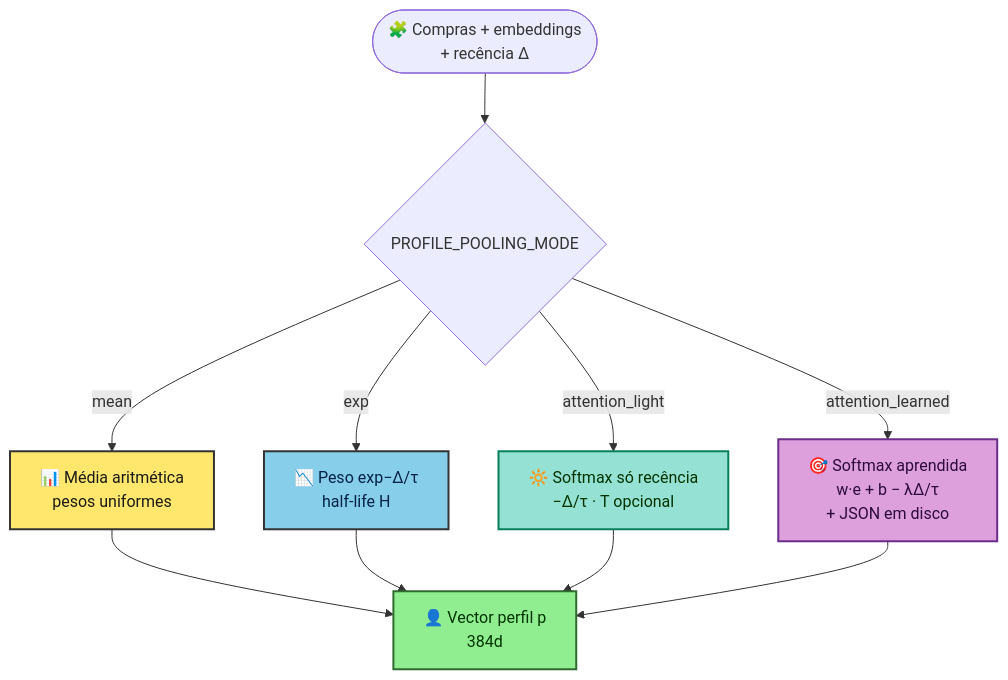
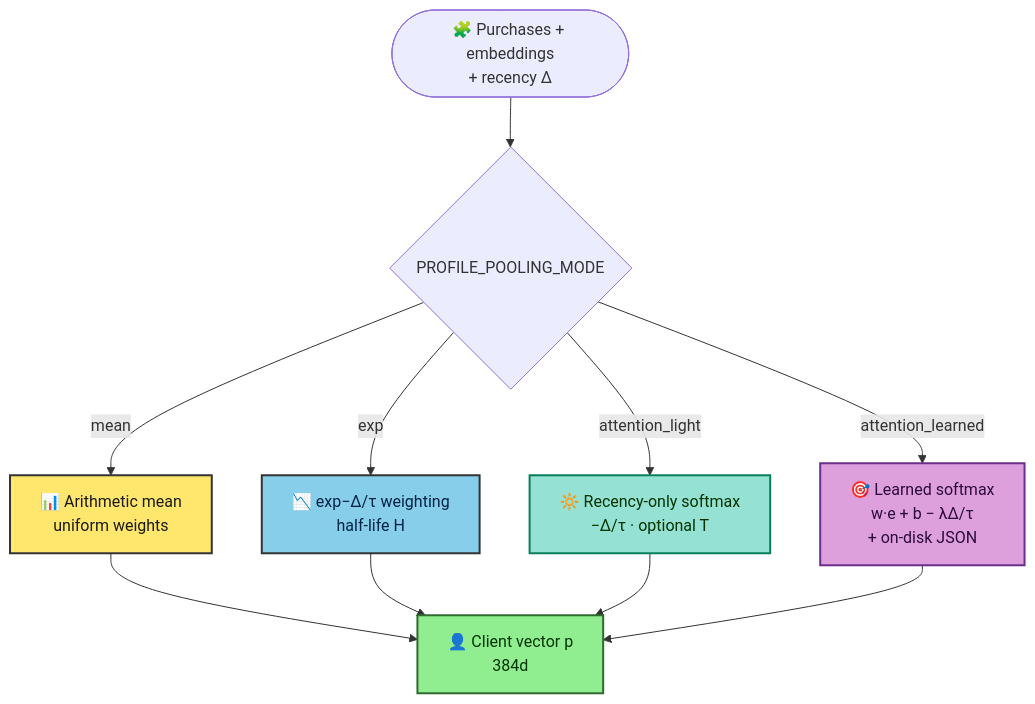
The seventh of 16 diagrams in README.md (gabrielgrillorosa/smart-marketplace-recommender), drawn with Mermaid before and after one commit. The commit also changed other lines of this file, not shown here.

First line of the commit message:
docs: translate profile pooling section and remove specs references

````diff
--- a/README.md
+++ b/README.md
@@ -654,26 +638,26 @@
 ```mermaid
 flowchart TD
-    START([🧩 Compras + embeddings\n+ recência Δ]) --> MODE{PROFILE_POOLING_MODE}
+    START([🧩 Purchases + embeddings\n+ recency Δ]) --> MODE{PROFILE_POOLING_MODE}
 
-    MODE -->|mean| M["📊 Média aritmética\npesos uniformes"]
-    MODE -->|exp| E["📉 Peso exp−Δ/τ\nhalf-life H"]
-    MODE -->|attention_light| AL["🔆 Softmax só recência\n−Δ/τ · T opcional"]
-    MODE -->|attention_learned| ALR["🎯 Softmax aprendida\nw·e + b − λΔ/τ\n+ JSON em disco"]
+    MODE -->|mean| M["📊 Arithmetic mean\nuniform weights"]
+    MODE -->|exp| E["📉 exp−Δ/τ weighting\nhalf-life H"]
+    MODE -->|attention_light| AL["🔆 Recency-only softmax\n−Δ/τ · optional T"]
+    MODE -->|attention_learned| ALR["🎯 Learned softmax\nw·e + b − λΔ/τ\n+ on-disk JSON"]
 
-    M --> P["👤 Vector perfil p\n384d"]
+    M --> P["👤 Client vector p\n384d"]
     E --> P
     AL --> P
     ALR --> P
 
     classDef legacy fill:#FFE66D,stroke:#333,stroke-width:2px,color:#1a1a1a
     classDef decay fill:#87CEEB,stroke:#333,stroke-width:2px,color:#002244
     classDef attn fill:#95E1D3,stroke:#087F5B,stroke-width:2px,color:#003300
     classDef learned fill:#DDA0DD,stroke:#6B2D8C,stroke-width:2px,color:#2d0a3d
     classDef out fill:#90EE90,stroke:#2F6B2F,stroke-width:2px,color:#003300
 
     class M legacy
     class E decay
     class AL attn
     class ALR learned
     class P out
 ```
````
